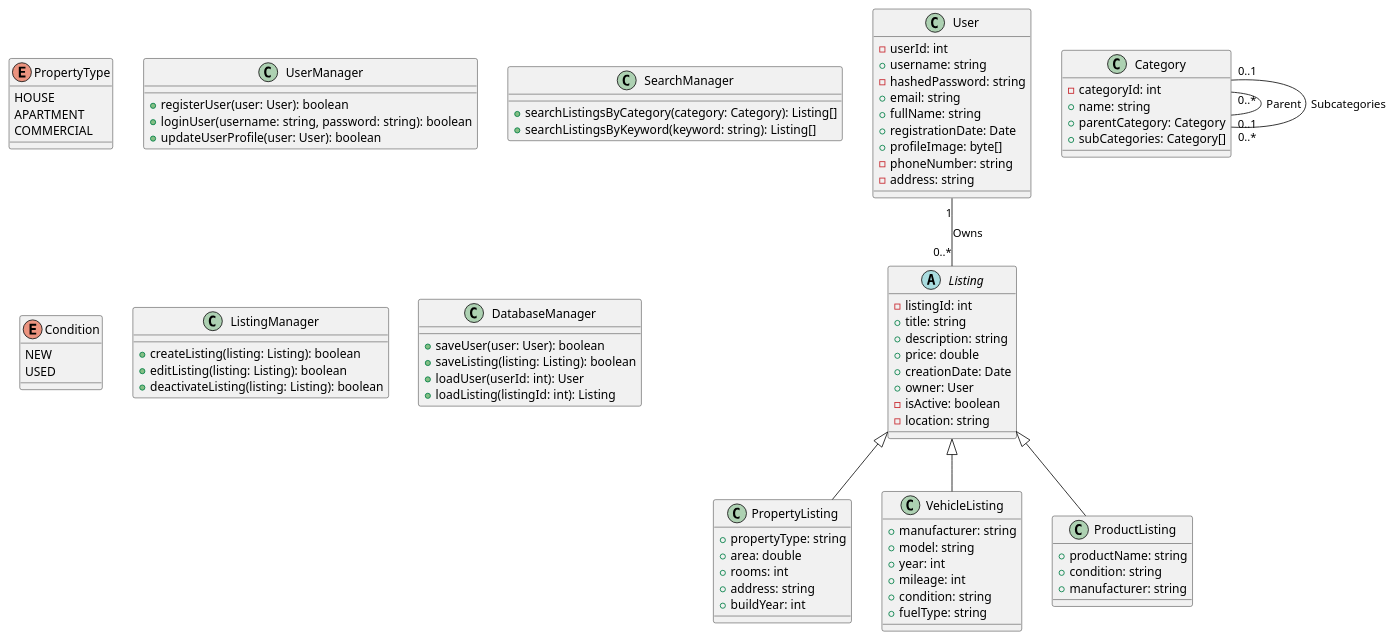
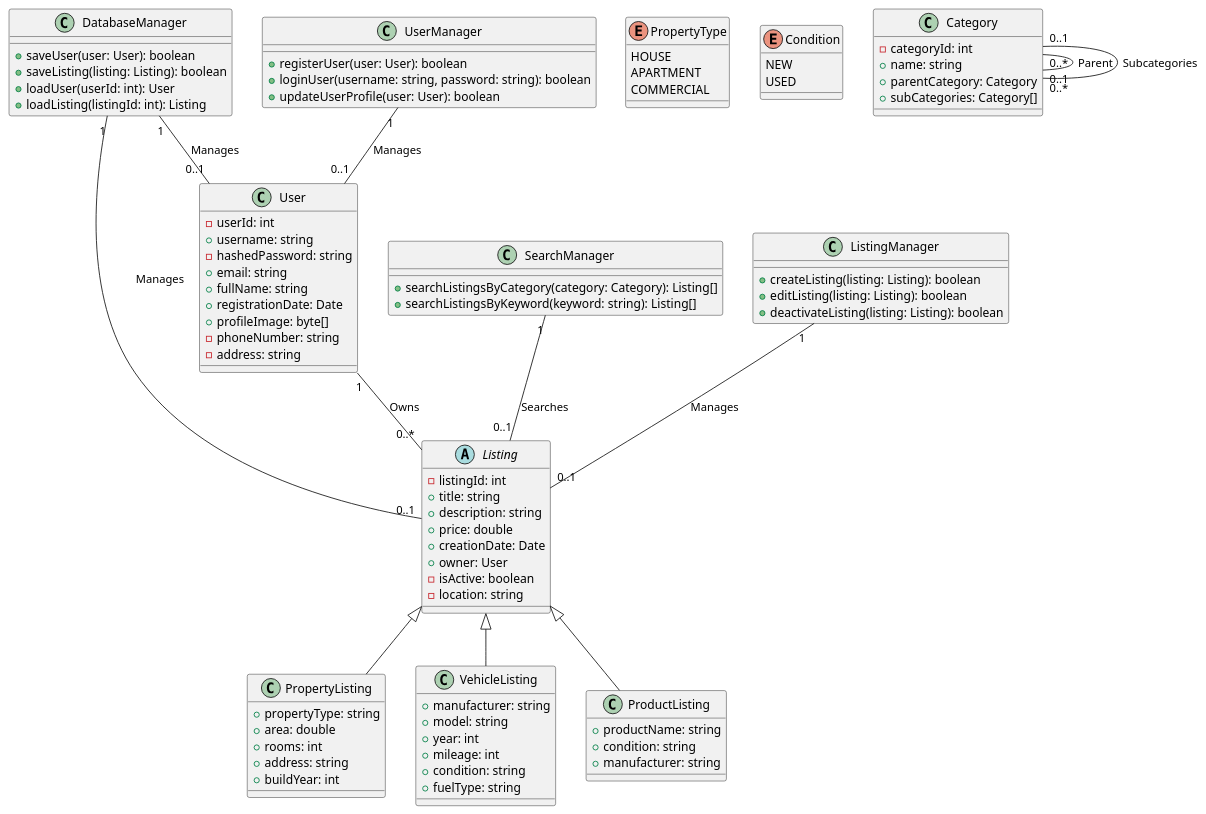
One commit to hos22181/pos-projekt changed the diagram in POS_Projekt/src/datamodel.puml. Above: the diagram before and after it, drawn with PlantUML.

Commit message:
big update in the datamodel

```diff
--- a/POS_Projekt/src/datamodel.puml
+++ b/POS_Projekt/src/datamodel.puml
@@ -1,99 +1,105 @@
 @startuml
 
-class User{
+class User {
   - userId: int
   + username: string
   - hashedPassword: string
   + email: string
   + fullName: string
   + registrationDate: Date
   + profileImage: byte[]
   - phoneNumber: string
   - address: string
 }
 
-abstract class Listing{
+abstract class Listing {
   - listingId: int
   + title: string
   + description: string
   + price: double
   + creationDate: Date
   + owner: User
   - isActive: boolean
   - location: string
 }
 
 enum PropertyType {
   HOUSE
   APARTMENT
   COMMERCIAL
 }
 
-class PropertyListing{
+enum Condition {
+  NEW
+  USED
+}
+
+class PropertyListing {
   + propertyType: string
   + area: double
   + rooms: int
   + address: string
   + buildYear: int
 }
 
-class VehicleListing{
+class VehicleListing {
   + manufacturer: string
   + model: string
   + year: int
   + mileage: int
   + condition: string
   + fuelType: string
 }
 
-class ProductListing{
+class ProductListing {
   + productName: string
   + condition: string
   + manufacturer: string
 }
 
-Listing <|-- PropertyListing
-Listing <|-- ProductListing
-Listing <|-- VehicleListing
+class DatabaseManager {
+  + saveUser(user: User): boolean
+  + saveListing(listing: Listing): boolean
+  + loadUser(userId: int): User
+  + loadListing(listingId: int): Listing
+}
 
-class Category{
+class UserManager {
+  + registerUser(user: User): boolean
+  + loginUser(username: string, password: string): boolean
+  + updateUserProfile(user: User): boolean
+}
+
+class SearchManager {
+  + searchListingsByCategory(category: Category): Listing[]
+  + searchListingsByKeyword(keyword: string): Listing[]
+}
+
+class ListingManager {
+  + createListing(listing: Listing): boolean
+  + editListing(listing: Listing): boolean
+  + deactivateListing(listing: Listing): boolean
+}
+
+class Category {
   - categoryId: int
   + name: string
   + parentCategory: Category
   + subCategories: Category[]
 }
 
-class UserManager{
-  + registerUser(user: User): boolean
-  + loginUser(username: string, password: string): boolean
-  + updateUserProfile(user: User): boolean
-}
+User "1" -- "0..*" Listing: Owns
+UserManager "1" -- "0..1" User: Manages
+ListingManager "1" -- "0..1" Listing: Manages
+SearchManager "1" -- "0..1" Listing: Searches
+DatabaseManager "1" -- "0..1" User: Manages
+DatabaseManager "1" -- "0..1" Listing: Manages
 
-class SearchManager{
-  + searchListingsByCategory(category: Category): Listing[]
-  + searchListingsByKeyword(keyword: string): Listing[]
-}
+Listing <|-- PropertyListing
+Listing <|-- ProductListing
+Listing <|-- VehicleListing
 
-enum Condition {
-  NEW
-  USED
-}
-
-class ListingManager{
-  + createListing(listing: Listing): boolean
-  + editListing(listing: Listing): boolean
-  + deactivateListing(listing: Listing): boolean
-}
-
-class DatabaseManager{
-  + saveUser(user: User): boolean
-  + saveListing(listing: Listing): boolean
-  + loadUser(userId: int): User
-  + loadListing(listingId: int): Listing
-}
-
-User "1" -- "0..*" Listing: Owns
 Category "0..*" -- "0..1" Category: Parent
 Category "0..1" -- "0..*" Category: Subcategories
 
 @enduml
```
